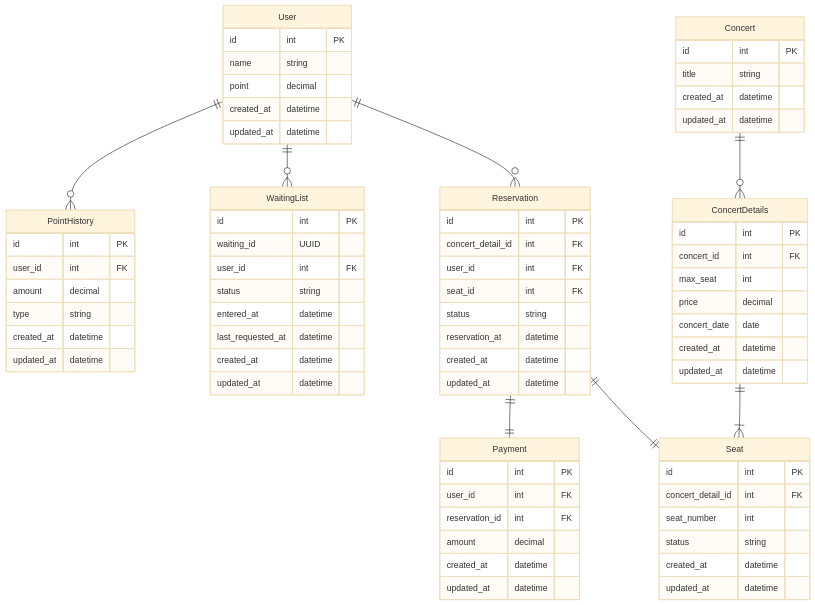
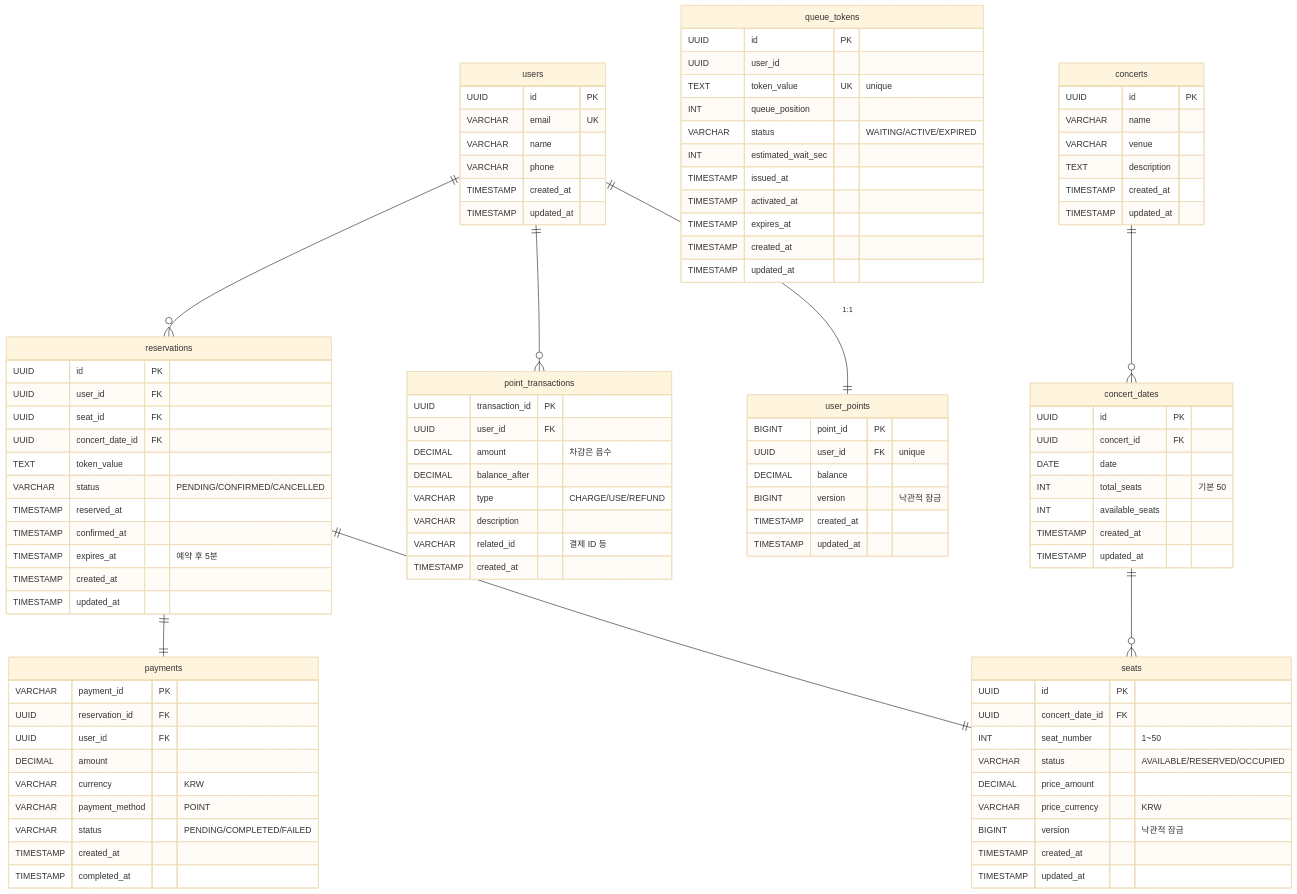
The diagram in docs/03.ERD.md (jhwon91/concert-reservation-system), drawn with Mermaid (base theme) before and after one commit. The commit also changed other lines of this file and 4 other files, not shown here.

````diff
--- a/docs/03.ERD.md
+++ b/docs/03.ERD.md
@@ -1,87 +3,112 @@
 ```mermaid
 erDiagram
-    User {
-        id int PK
-        name string
-        point decimal 
-        created_at datetime
-        updated_at datetime 
+    users {
+        UUID id PK
+        VARCHAR email UK
+        VARCHAR name
+        VARCHAR phone
+        TIMESTAMP created_at
+        TIMESTAMP updated_at
     }
 
-    PointHistory {
-        id int PK
-        user_id int FK
-        amount decimal
-        type string
-        created_at datetime
-        updated_at datetime
+    user_points {
+        BIGINT point_id PK
+        UUID user_id FK "unique"
+        DECIMAL balance
+        BIGINT version "낙관적 잠금"
+        TIMESTAMP created_at
+        TIMESTAMP updated_at
     }
 
-    WaitingList {
-        id int PK
-        waiting_id UUID
-        user_id int FK
-        status string
-        entered_at datetime
-        last_requested_at datetime
-        created_at datetime
-        updated_at datetime
+    point_transactions {
+        UUID transaction_id PK
+        UUID user_id FK
+        DECIMAL amount "차감은 음수"
+        DECIMAL balance_after
+        VARCHAR type "CHARGE/USE/REFUND"
+        VARCHAR description
+        VARCHAR related_id "결제 ID 등"
+        TIMESTAMP created_at
     }
 
-    Concert {
-        id int PK
-        title string
-        created_at datetime
-        updated_at datetime
+    queue_tokens {
+        UUID id PK
+        UUID user_id
+        TEXT token_value UK "unique"
+        INT queue_position
+        VARCHAR status "WAITING/ACTIVE/EXPIRED"
+        INT estimated_wait_sec
+        TIMESTAMP issued_at
+        TIMESTAMP activated_at
+        TIMESTAMP expires_at
+        TIMESTAMP created_at
+        TIMESTAMP updated_at
     }
 
-    ConcertDetails {
-        id int PK
-        concert_id int FK
-        max_seat int
-        price decimal
-        concert_date date
-        created_at datetime
-        updated_at datetime
+    concerts {
+        UUID id PK
+        VARCHAR name
+        VARCHAR venue
+        TEXT description
+        TIMESTAMP created_at
+        TIMESTAMP updated_at
     }
 
-    Reservation {
-        id int PK
-        concert_detail_id int FK
-        user_id int FK
-        seat_id int FK
-        status string
-        reservation_at datetime
-        created_at datetime
-        updated_at datetime
+    concert_dates {
+        UUID id PK
+        UUID concert_id FK
+        DATE date
+        INT total_seats "기본 50"
+        INT available_seats
+        TIMESTAMP created_at
+        TIMESTAMP updated_at
     }
 
-    Seat {
-        id int PK
-        concert_detail_id int FK
-        seat_number int
-        status string
-        created_at datetime
-        updated_at datetime
+    seats {
+        UUID id PK
+        UUID concert_date_id FK
+        INT seat_number "1~50"
+        VARCHAR status "AVAILABLE/RESERVED/OCCUPIED"
+        DECIMAL price_amount
+        VARCHAR price_currency "KRW"
+        BIGINT version "낙관적 잠금"
+        TIMESTAMP created_at
+        TIMESTAMP updated_at
     }
 
-    Payment {
-        id int PK
-        user_id int FK
-        reservation_id int FK
-        amount decimal
-        created_at datetime
-        updated_at datetime
+    reservations {
+        UUID id PK
+        UUID user_id FK
+        UUID seat_id FK
+        UUID concert_date_id FK
+        TEXT token_value
+        VARCHAR status "PENDING/CONFIRMED/CANCELLED"
+        TIMESTAMP reserved_at
+        TIMESTAMP confirmed_at
+        TIMESTAMP expires_at "예약 후 5분"
+        TIMESTAMP created_at
+        TIMESTAMP updated_at
     }
 
+    payments {
+        VARCHAR payment_id PK
+        UUID reservation_id FK
+        UUID user_id FK
+        DECIMAL amount
+        VARCHAR currency "KRW"
+        VARCHAR payment_method "POINT"
+        VARCHAR status "PENDING/COMPLETED/FAILED"
+        TIMESTAMP created_at
+        TIMESTAMP completed_at
+    }
 
-    User ||--o{ PointHistory : ""
-    User ||--o{ WaitingList : ""
-    User ||--o{ Reservation : ""
+    users ||--|| user_points : "1:1"
+    users ||--o{ point_transactions : ""
+    users ||--o{ reservations : ""
 
-    Reservation ||--|| Payment : ""
-    Concert ||--o{ ConcertDetails : ""
-    ConcertDetails ||--|{ Seat : ""
-    Reservation ||--|| Seat : ""
+    concerts ||--o{ concert_dates : ""
+    concert_dates ||--o{ seats : ""
 
+    reservations ||--|| seats : ""
+    reservations ||--|| payments : ""
 ```
````
